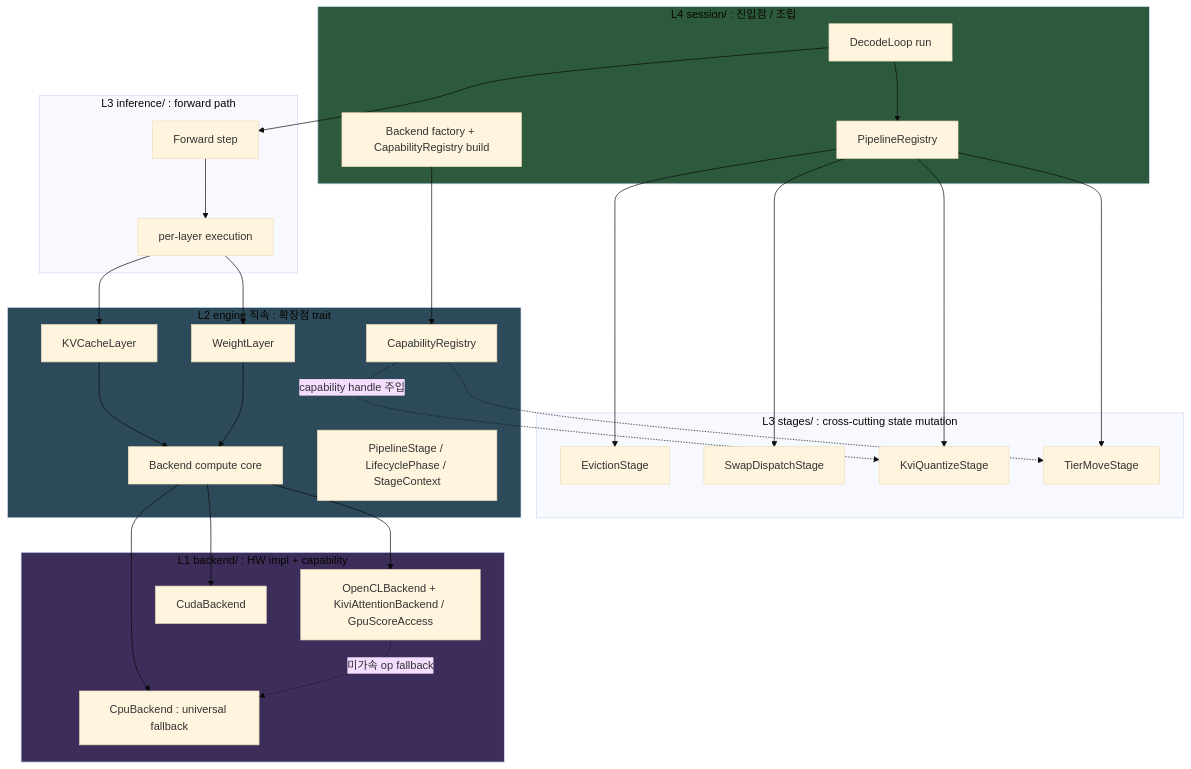
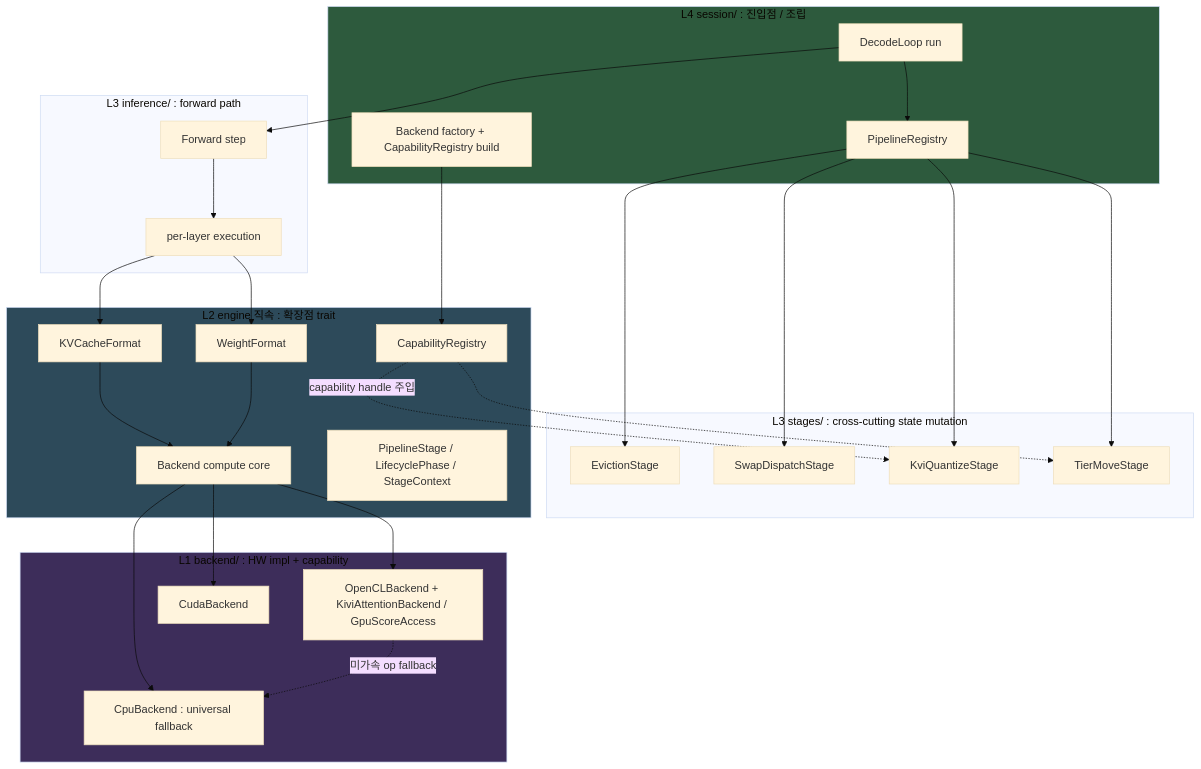
Before and after one commit to hedone21/llm_rs2: the diagram in arch/pipeline_stage_design_v2.md, drawn with Mermaid (base theme). The commit also changed other lines of this file and 2 other files, not shown here.

First line of the commit message:
docs(arch): Format 용어 통일 — Layer→Format (v2 + CONTEXT 정리)

````diff
--- a/arch/pipeline_stage_design_v2.md
+++ b/arch/pipeline_stage_design_v2.md
@@ -30,57 +30,57 @@
 ```mermaid
 flowchart TB
     subgraph L4["L4 session/ : 진입점 / 조립"]
         decode["DecodeLoop run"]
         registry["PipelineRegistry"]
         factory["Backend factory + CapabilityRegistry build"]
     end
 
     subgraph L3stage["L3 stages/ : cross-cutting state mutation"]
         evict["EvictionStage"]
         swap["SwapDispatchStage"]
         kivi_q["KviQuantizeStage"]
         tier["TierMoveStage"]
     end
 
     subgraph L3inf["L3 inference/ : forward path"]
         fwd["Forward step"]
         layerexec["per-layer execution"]
     end
 
     subgraph L2["L2 engine 직속 : 확장점 trait"]
         be["Backend compute core"]
-        kvl["KVCacheLayer"]
-        wl["WeightLayer"]
+        kvl["KVCacheFormat"]
+        wl["WeightFormat"]
         ps["PipelineStage / LifecyclePhase / StageContext"]
         caps["CapabilityRegistry"]
     end
 
     subgraph L1["L1 backend/ : HW impl + capability"]
         cpu["CpuBackend : universal fallback"]
         ocl["OpenCLBackend + KiviAttentionBackend / GpuScoreAccess"]
         cuda["CudaBackend"]
     end
 
     decode --> registry
     decode --> fwd
     factory --> caps
     registry --> evict
     registry --> swap
     registry --> kivi_q
     registry --> tier
     fwd --> layerexec
     layerexec --> kvl
     layerexec --> wl
     kvl --> be
     wl --> be
     be --> cpu
     be --> ocl
     be --> cuda
     caps -.->|capability handle 주입| kivi_q
     caps -.-> tier
     ocl -.->|미가속 op fallback| cpu
 
     style L2 fill:#2d4a5a
     style L1 fill:#3d2d5a
     style L4 fill:#2d5a3d
 ```
````
